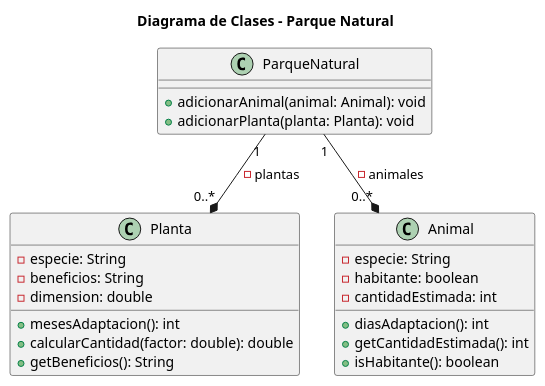
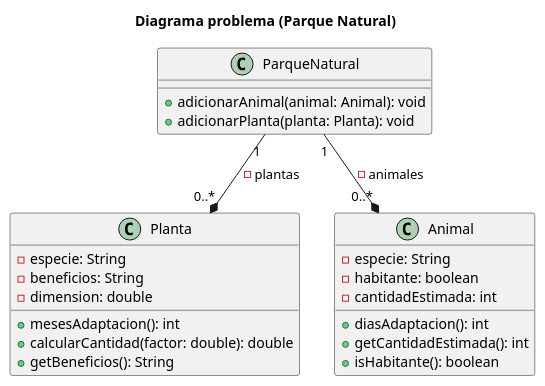
Before and after one commit to OverCV/PatronesSoftware: the diagram in .partials/adapter/problema.plantuml, drawn with PlantUML. The commit also changed 18 other files, not shown here.

```diff
--- a/.partials/adapter/problema.plantuml
+++ b/.partials/adapter/problema.plantuml
@@ -1,30 +1,30 @@
 @startuml Punto 02
-title Diagrama de Clases - Parque Natural
+title Diagrama problema (Parque Natural)
 
 class Planta {
     -especie: String
     -beneficios: String
     -dimension: double
     +mesesAdaptacion(): int
     +calcularCantidad(factor: double): double
     +getBeneficios(): String
 }
 
 class Animal {
     -especie: String
     -habitante: boolean
     -cantidadEstimada: int
     +diasAdaptacion(): int
     +getCantidadEstimada(): int
     +isHabitante(): boolean
 }
 
 class ParqueNatural {
     +adicionarAnimal(animal: Animal): void
     +adicionarPlanta(planta: Planta): void
 }
 
 ParqueNatural "1" --* "0..*" Planta : -plantas
 ParqueNatural "1" --* "0..*" Animal : -animales
 
 @enduml
```
